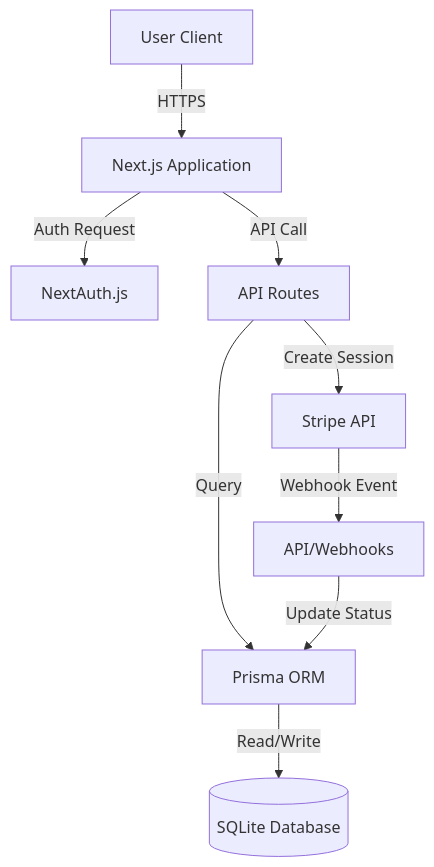
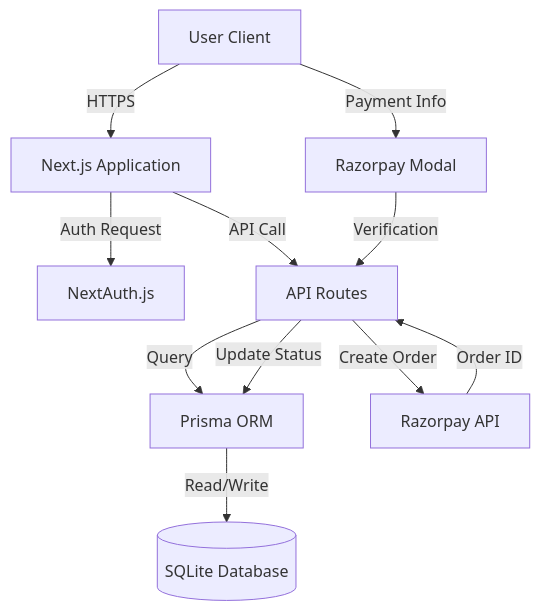
Before and after one commit to heheyashasvi/donation-management-system: the diagram in project_report.md, drawn with Mermaid. The commit also changed other lines of this file and 4 other files, not shown here.

````diff
--- a/project_report.md
+++ b/project_report.md
@@ -17,11 +17,13 @@
 ```mermaid
 graph TD
     User[User Client] -->|HTTPS| NextApp[Next.js Application]
     NextApp -->|Auth Request| NextAuth[NextAuth.js]
     NextApp -->|API Call| API[API Routes]
     API -->|Query| Prisma[Prisma ORM]
     Prisma -->|Read/Write| DB[(SQLite Database)]
-    API -->|Create Session| Stripe[Stripe API]
-    Stripe -->|Webhook Event| WebhookHandler[API/Webhooks]
-    WebhookHandler -->|Update Status| Prisma
+    API -->|Create Order| Razorpay[Razorpay API]
+    Razorpay -->|Order ID| API
+    User -->|Payment Info| RazorpayClient[Razorpay Modal]
+    RazorpayClient -->|Verification| API
+    API -->|Update Status| Prisma
 ```
````
